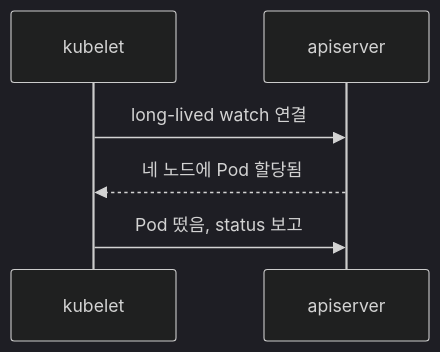
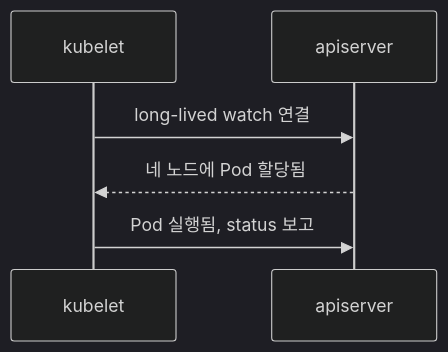
Before and after one commit to currenjin/currenjin.github.io: the sixth of 13 diagrams in _wiki/homelab.md, drawn with Mermaid (dark theme). The commit also changed other lines of this file, not shown here.

````diff
--- a/_wiki/homelab.md
+++ b/_wiki/homelab.md
@@ -489,8 +286,8 @@
 ```mermaid
 sequenceDiagram
   participant K as kubelet
   participant A as apiserver
   K->>A: long-lived watch 연결
   A-->>K: 네 노드에 Pod 할당됨
-  K->>A: Pod 떴음, status 보고
+  K->>A: Pod 실행됨, status 보고
 ```
````
